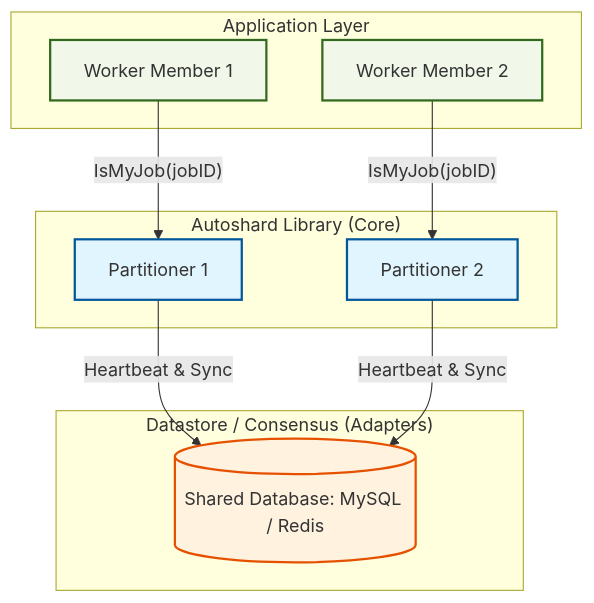
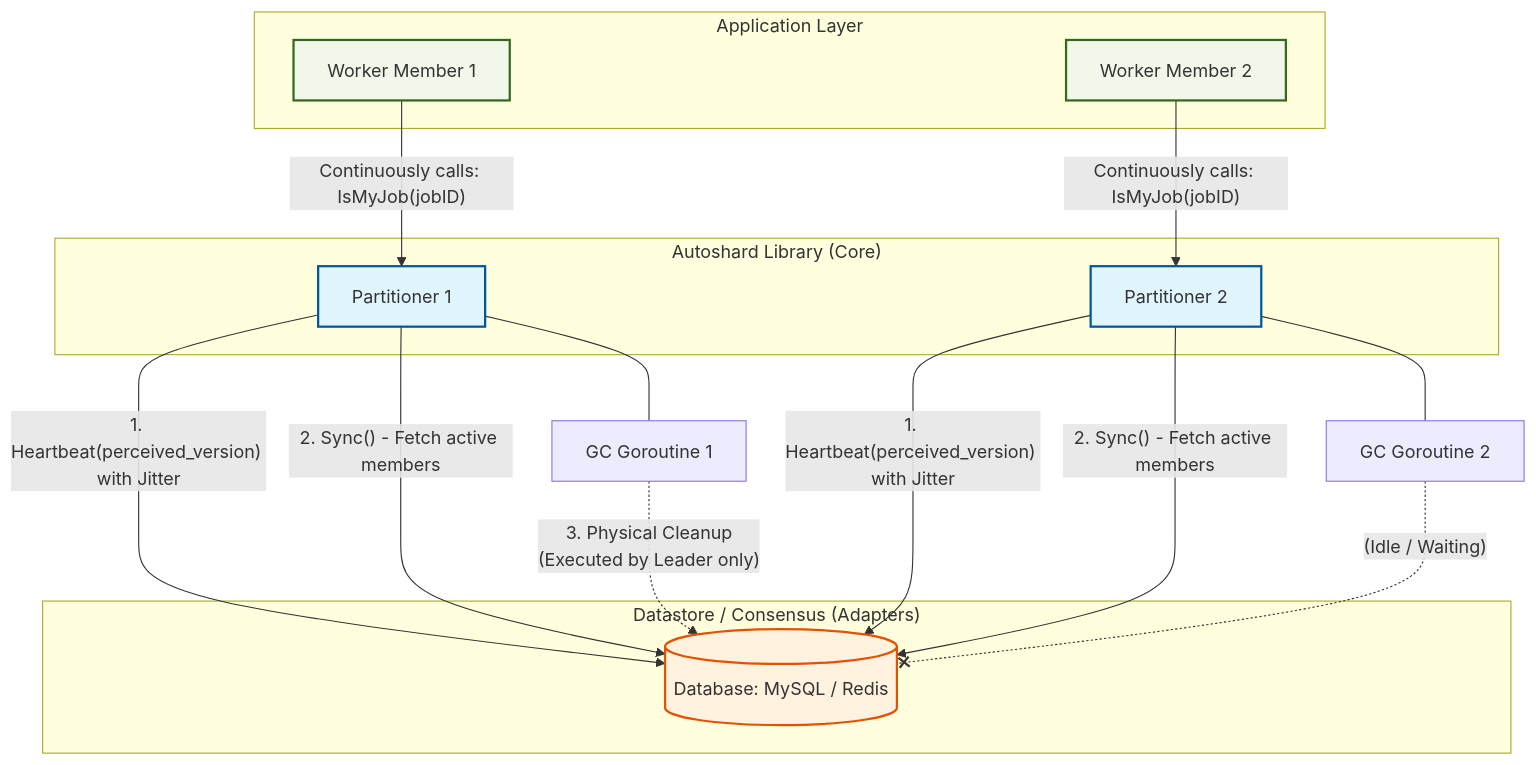
The diagram in README.md (phuonguno98/autoshard), drawn with Mermaid before and after one commit. The commit also changed other lines of this file and 5 other files, not shown here.

````diff
--- a/README.md
+++ b/README.md
@@ -32,30 +32,42 @@
 ```mermaid
 graph TD
     subgraph "Application Layer"
         W1[Worker Member 1]
         W2[Worker Member 2]
     end
     
     subgraph "Autoshard Library (Core)"
         P1[Partitioner 1]
         P2[Partitioner 2]
         
-        W1 -- "IsMyJob(jobID)" --> P1
-        W2 -- "IsMyJob(jobID)" --> P2
+        W1 -- "Continuously calls: IsMyJob(jobID)" --> P1
+        W2 -- "Continuously calls: IsMyJob(jobID)" --> P2
     end
     
     subgraph "Datastore / Consensus (Adapters)"
-        DB[(Shared Database: MySQL / Redis)]
+        DB[(Database: MySQL / Redis)]
     end
     
-    P1 -- "Heartbeat & Sync" --> DB
-    P2 -- "Heartbeat & Sync" --> DB
+    %% Write flow (Heartbeat)
+    P1 -- "1. Heartbeat(perceived_version) with Jitter" --> DB
+    P2 -- "1. Heartbeat(perceived_version) with Jitter" --> DB
+    
+    %% Read flow (Sync)
+    P1 -- "2. Sync() - Fetch active members" --> DB
+    P2 -- "2. Sync() - Fetch active members" --> DB
+    
+    %% GC flow
+    GC1[GC Goroutine 1] -. "3. Physical Cleanup<br/>(Executed by Leader only)" .-> DB
+    GC2[GC Goroutine 2] -. "(Idle / Waiting)" .-x DB
+
+    P1 --- GC1
+    P2 --- GC2
     
     classDef core fill:#e1f5fe,stroke:#01579b,stroke-width:2px;
     classDef app fill:#f1f8e9,stroke:#33691e,stroke-width:2px;
     classDef db fill:#fff3e0,stroke:#e65100,stroke-width:2px;
     
     class P1,P2 core;
     class W1,W2 app;
     class DB db;
 ```
````
